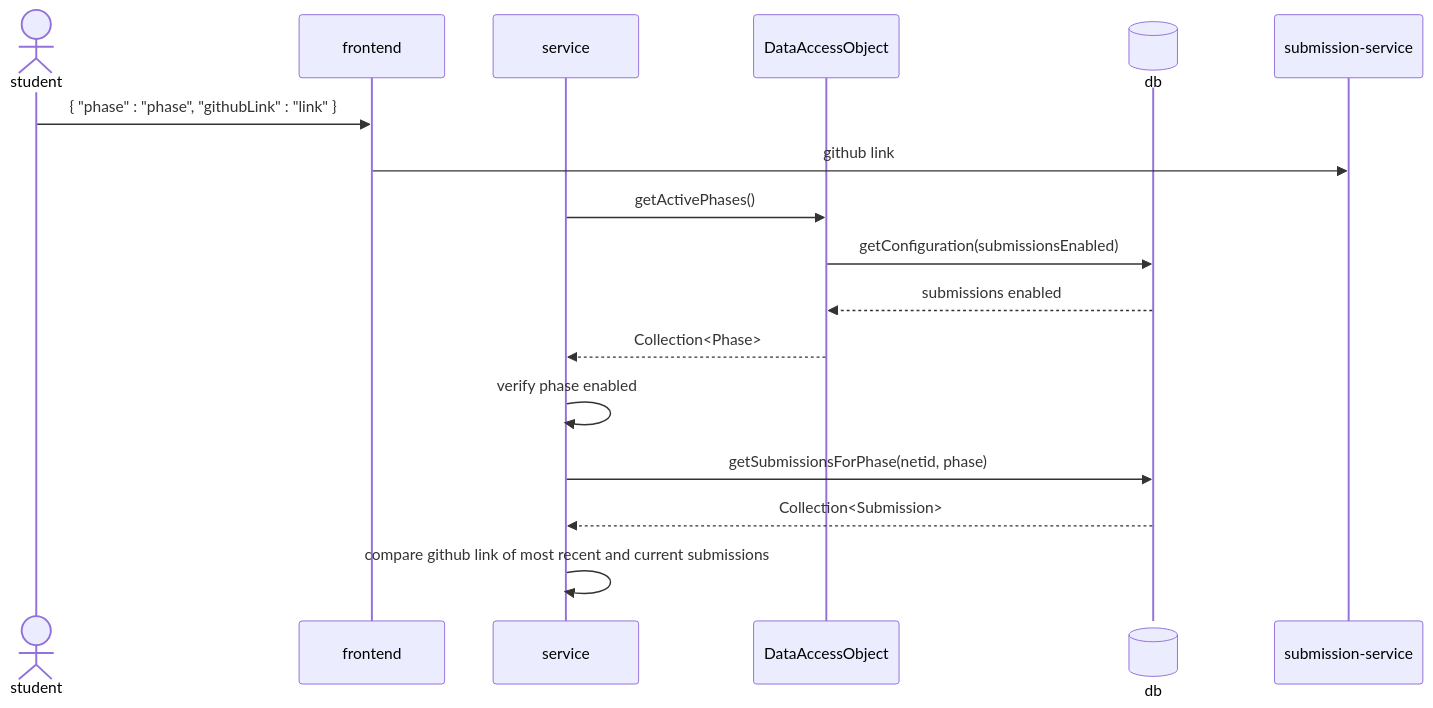
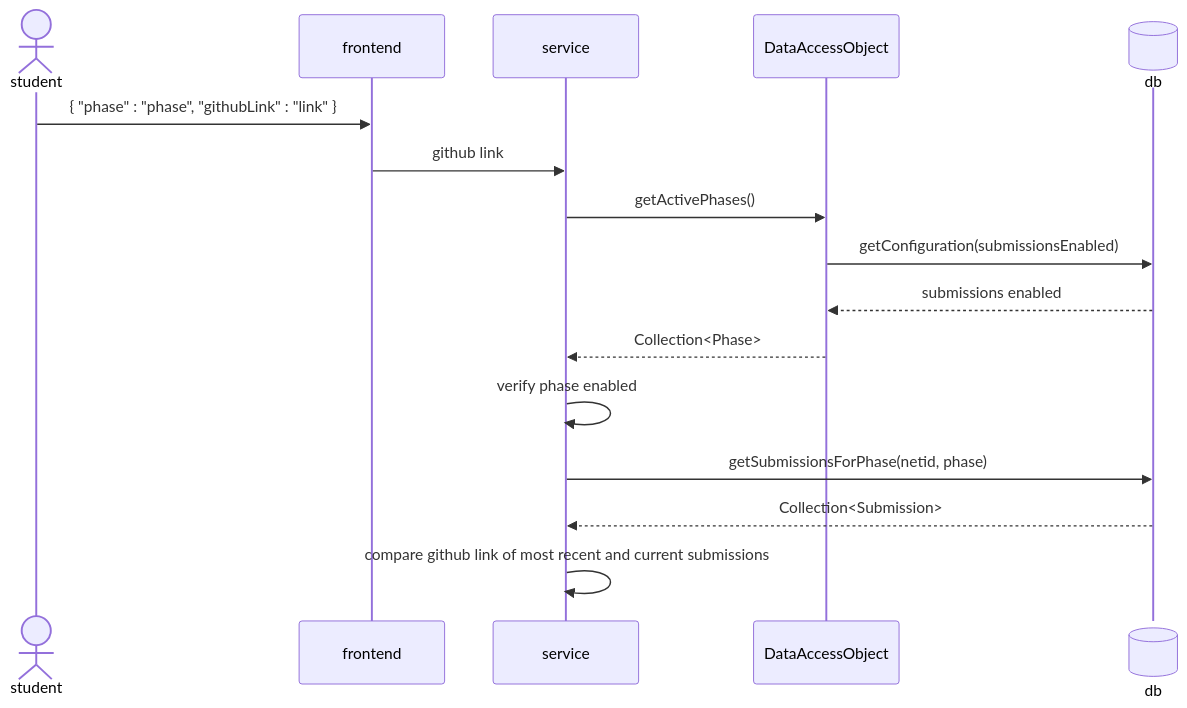
Before and after one commit to softwareconstruction240/autograder: the diagram in docs/overall-grading-flow.md, drawn with Mermaid.

Commit message:
fix participant service 2

````diff
--- a/docs/overall-grading-flow.md
+++ b/docs/overall-grading-flow.md
@@ -14,19 +14,19 @@
 ```mermaid
 sequenceDiagram
     actor student
     participant frontend
     participant service
     participant dao as DataAccessObject
     participant db@{ "type" : "database" }
     student->>frontend: { "phase" : "phase", "githubLink" : "link" }
-    frontend->>submission-service: github link
+    frontend->>service: github link
     service->>dao:getActivePhases()
     dao->>db:getConfiguration(submissionsEnabled)
     db-->>dao:submissions enabled
     dao-->>service:Collection<Phase>
     service->>service: verify phase enabled
     
     service->>db:getSubmissionsForPhase(netid, phase)
     db-->>service:Collection<Submission>
     service->>service: compare github link of most recent and current submissions
 ```
````
